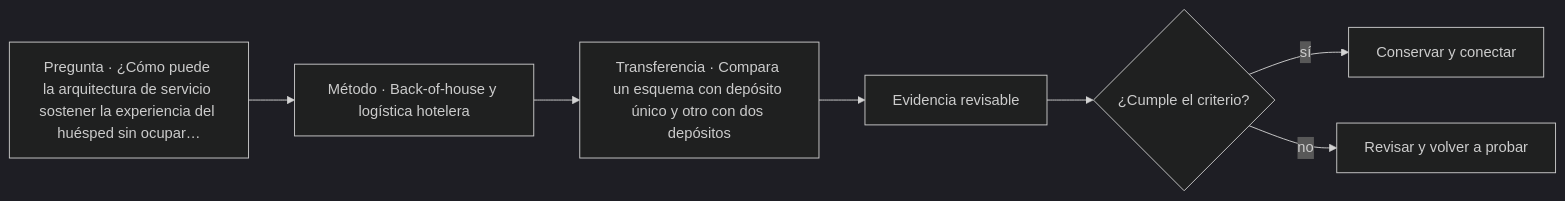
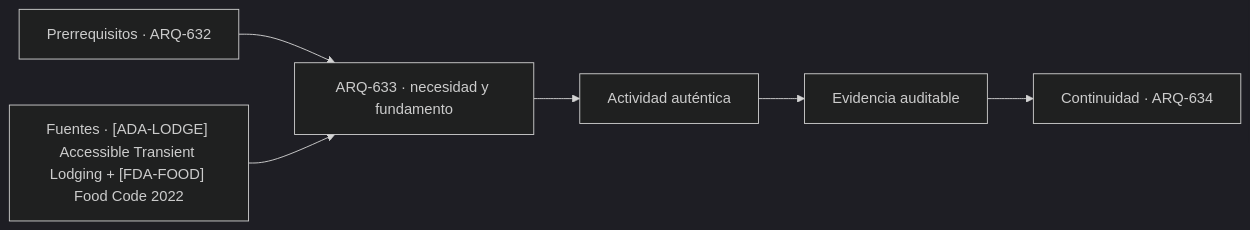
The diagram in classes/parte-64/ARQ-633.md (vladimiracunadev-create/architecture-built-environment-learning-program), drawn with Mermaid (dark theme) before and after one commit. The commit also changed other lines of this file and 761 other files, not shown here.

````diff
--- a/classes/parte-64/ARQ-633.md
+++ b/classes/parte-64/ARQ-633.md
@@ -58,9 +70,8 @@
 ```mermaid
 flowchart LR
-    Q["Pregunta · ¿Cómo puede la arquitectura de servicio sostener la experiencia del huésped sin ocupar…"] --> M["Método · Back-of-house y logística hotelera"]
-    M --> P["Transferencia · Compara un esquema con depósito único y otro con dos depósitos"]
-    P --> E["Evidencia revisable"]
-    E --> C{"¿Cumple el criterio?"}
-    C -->|sí| T["Conservar y conectar"]
-    C -->|no| R["Revisar y volver a probar"]
+    A["Prerrequisitos · ARQ-632"] --> B["ARQ-633 · necesidad y fundamento"]
+    S["Fuentes · [ADA-LODGE] Accessible Transient Lodging + [FDA-FOOD] Food Code 2022"] --> B
+    B --> C["Actividad auténtica"]
+    C --> D["Evidencia auditable"]
+    D --> E["Continuidad · ARQ-634"]
 ```
````
